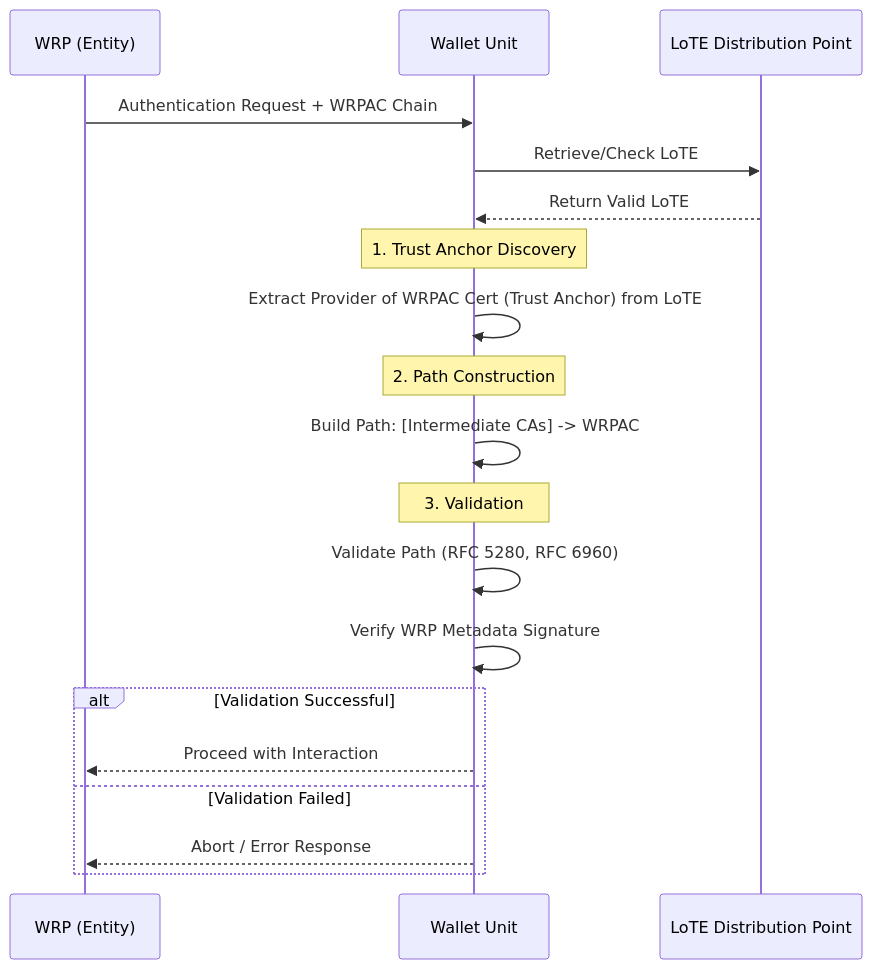
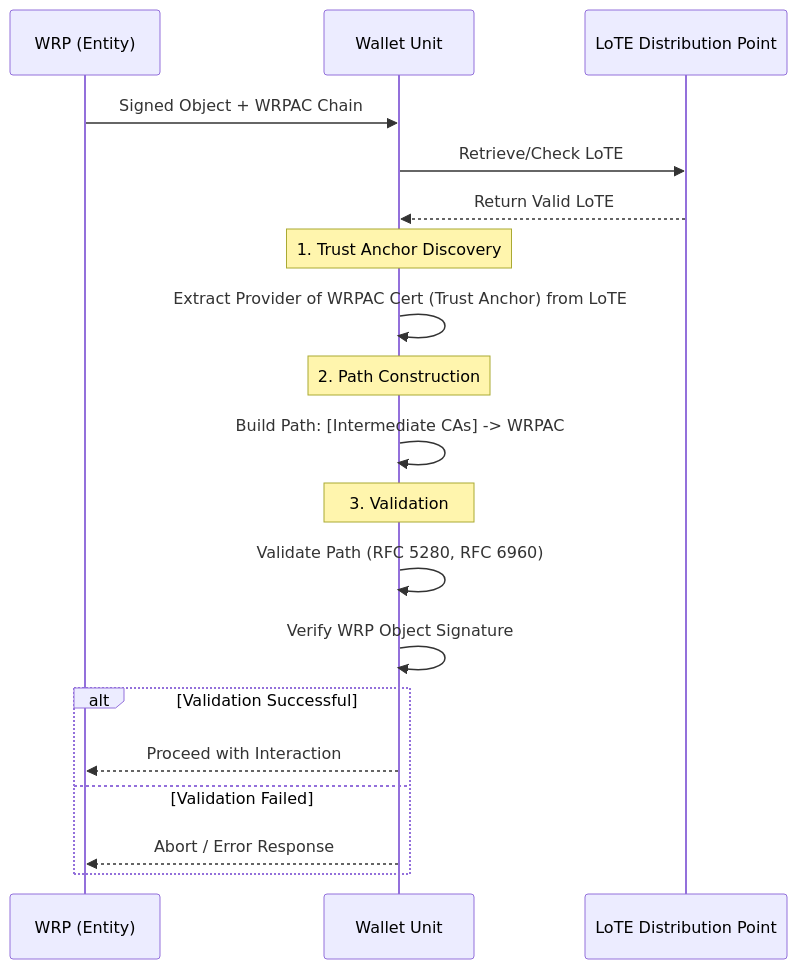
Before and after one commit to APTITUDE-Consortium/wp2-trust-specifications: the first of 4 diagrams in topics/authentication-process.md, drawn with Mermaid. The commit also changed other lines of this file and 1 other file, not shown here.

````diff
--- a/topics/authentication-process.md
+++ b/topics/authentication-process.md
@@ -17,26 +17,26 @@
 ```mermaid
 sequenceDiagram
     participant WRP as WRP (Entity)
     participant Wallet as Wallet Unit
     participant LoTE as LoTE Distribution Point
 
-    WRP->>Wallet: Authentication Request + WRPAC Chain
+    WRP->>Wallet: Signed Object + WRPAC Chain
     Wallet->>LoTE: Retrieve/Check LoTE
     LoTE-->>Wallet: Return Valid LoTE
     
     Note over Wallet: 1. Trust Anchor Discovery
     Wallet->>Wallet: Extract Provider of WRPAC Cert (Trust Anchor) from LoTE
     
     Note over Wallet: 2. Path Construction
     Wallet->>Wallet: Build Path: [Intermediate CAs] -> WRPAC
     
     Note over Wallet: 3. Validation
     Wallet->>Wallet: Validate Path (RFC 5280, RFC 6960)
-    Wallet->>Wallet: Verify WRP Metadata Signature
+    Wallet->>Wallet: Verify WRP Object Signature
     
     alt Validation Successful
         Wallet-->>WRP: Proceed with Interaction
     else Validation Failed
         Wallet-->>WRP: Abort / Error Response
     end
 ```
````
